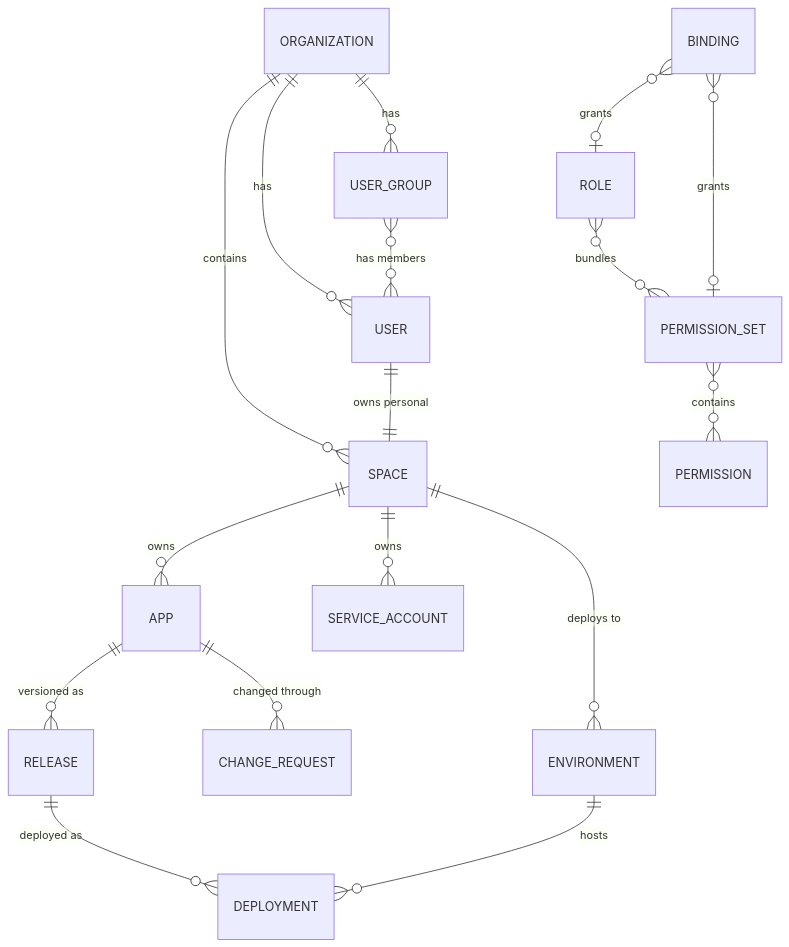
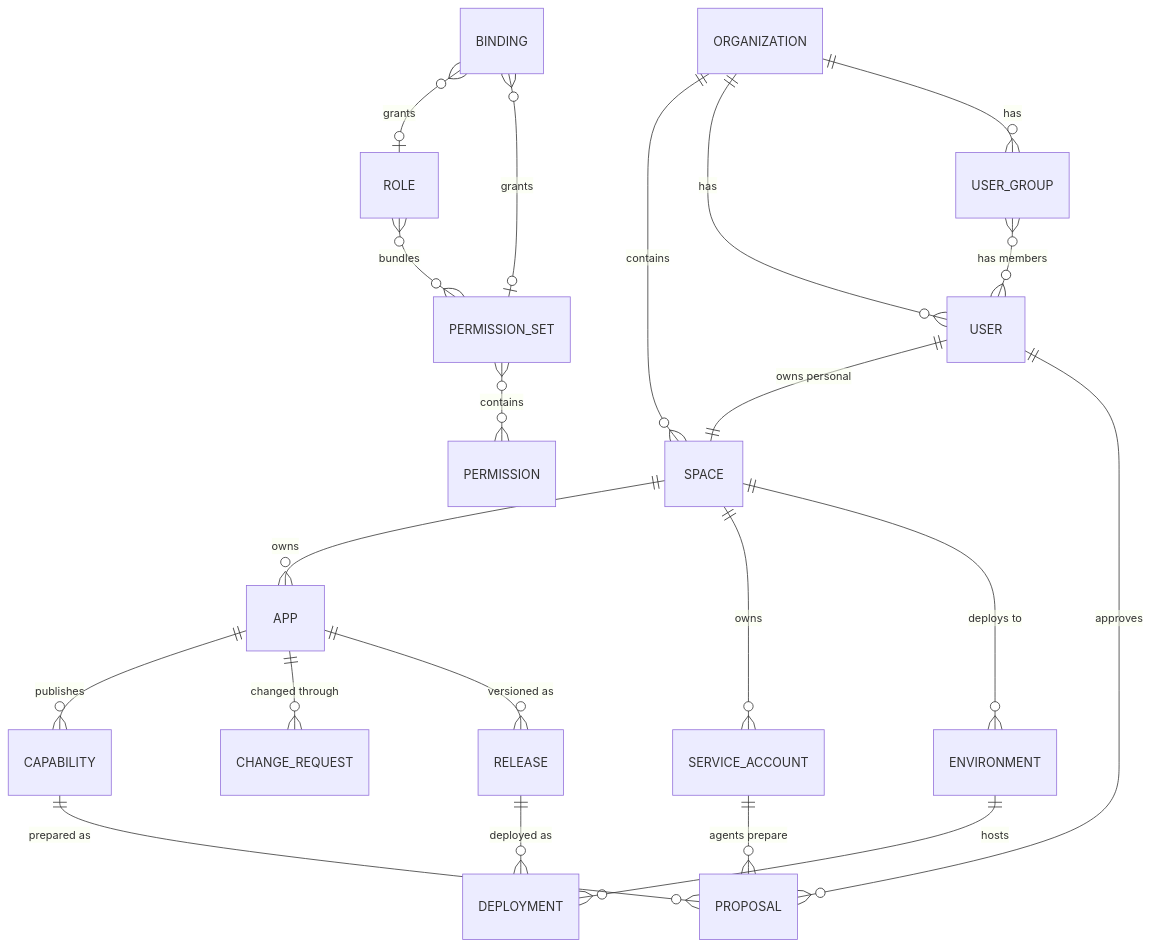
Before and after one commit to sreent/joget: the first of 5 diagrams in docs/02-platform-design.md, drawn with Mermaid. The commit also changed other lines of this file and 2 other files, not shown here.

First line of the commit message:
docs: reframe the platform around capabilities for people and agents

````diff
--- a/docs/02-platform-design.md
+++ b/docs/02-platform-design.md
@@ -115,19 +141,23 @@
 ```mermaid
 erDiagram
   ORGANIZATION ||--o{ SPACE : contains
   ORGANIZATION ||--o{ USER : has
   ORGANIZATION ||--o{ USER_GROUP : has
   USER_GROUP }o--o{ USER : "has members"
   USER ||--|| SPACE : "owns personal"
   SPACE ||--o{ APP : owns
   SPACE ||--o{ SERVICE_ACCOUNT : owns
   SPACE ||--o{ ENVIRONMENT : "deploys to"
+  APP ||--o{ CAPABILITY : publishes
   APP ||--o{ CHANGE_REQUEST : "changed through"
   APP ||--o{ RELEASE : "versioned as"
   RELEASE ||--o{ DEPLOYMENT : "deployed as"
   ENVIRONMENT ||--o{ DEPLOYMENT : hosts
+  CAPABILITY ||--o{ PROPOSAL : "prepared as"
+  SERVICE_ACCOUNT ||--o{ PROPOSAL : "agents prepare"
+  USER ||--o{ PROPOSAL : approves
   ROLE }o--o{ PERMISSION_SET : bundles
   PERMISSION_SET }o--o{ PERMISSION : contains
   BINDING }o--o| ROLE : grants
   BINDING }o--o| PERMISSION_SET : grants
 ```
````
